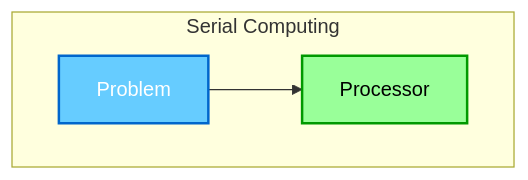
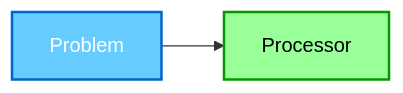
The first of 5 diagrams in _drafts/gpu-coumputing-1-병렬-컴퓨팅의-기초.md (sangaje/sangaje.github.io), drawn with Mermaid before and after one commit. The commit also changed other lines of this file and 4 other files, not shown here.

````diff
--- a/_drafts/gpu-coumputing-1-병렬-컴퓨팅의-기초.md
+++ b/_drafts/gpu-coumputing-1-병렬-컴퓨팅의-기초.md
@@ -17,13 +19,11 @@
 ```mermaid
 graph LR;
-    subgraph Serial Computing
-        direction LR
-        A[Problem] --> B[Processor]
-    end
+   direction LR
+   A[Problem] --> B[Processor]
 
-    class A tasks;
-    class B processors;
+   class A tasks;
+   class B processors;
 
-    classDef tasks fill:#66ccff,stroke:#0066cc,stroke-width:2px,color:#fff;
-    classDef processors fill:#99ff99,stroke:#009900,stroke-width:2px,color:#000;
-```
+   classDef tasks fill:#66ccff,stroke:#0066cc,stroke-width:2px,color:#fff;
+   classDef processors fill:#99ff99,stroke:#009900,stroke-width:2px,color:#000;
+```   
````
